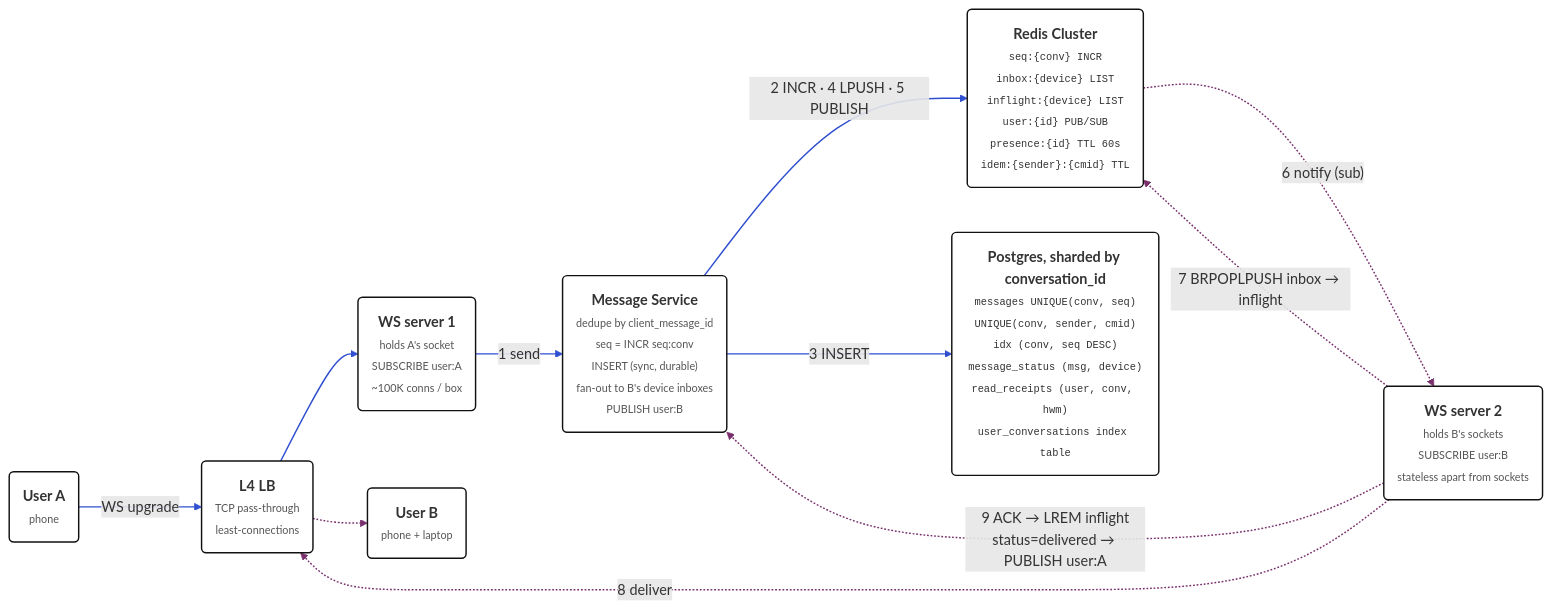
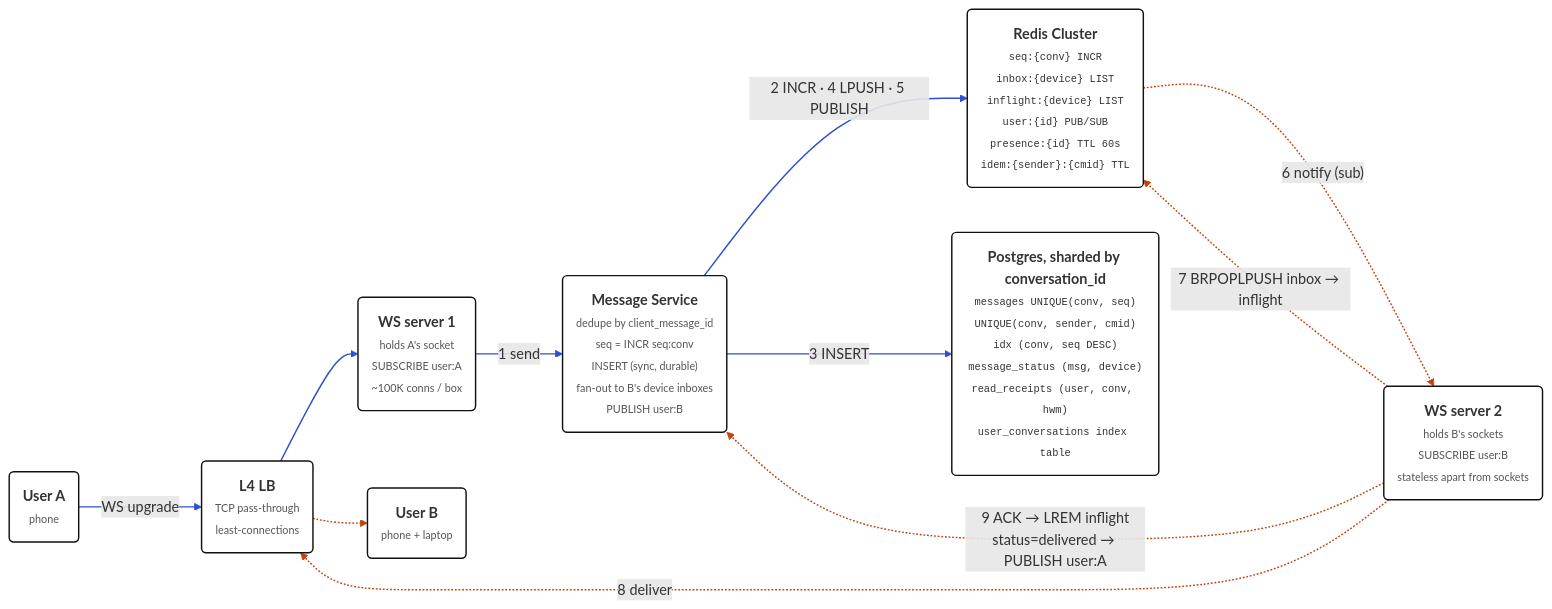
The diagram in diagrams-src/chat-1to1/architecture.mmd (kkanakka/kkanakka.github.io), drawn with Mermaid before and after one commit. The commit also changed 84 other files, not shown here.

First line of the commit message:
Revise page: add sequence diagrams; orange governance path; tighter boxes

```diff
--- a/diagrams-src/chat-1to1/architecture.mmd
+++ b/diagrams-src/chat-1to1/architecture.mmd
@@ -1,27 +1,27 @@
 %% section: Design
 %% caption: Architecture — sockets, ordering, durable inbox, delivery receipts
 flowchart LR
     A("<b>User A</b><br/><span style='font-size:12px;color:#555'>phone</span>")
     B("<b>User B</b><br/><span style='font-size:12px;color:#555'>phone + laptop</span>")
     LB("<b>L4 LB</b><br/><span style='font-size:12px;color:#555'>TCP pass-through<br/>least-connections</span>")
     W1("<b>WS server 1</b><br/><span style='font-size:12px;color:#555'>holds A's socket<br/>SUBSCRIBE user:A<br/>~100K conns / box</span>")
     W2("<b>WS server 2</b><br/><span style='font-size:12px;color:#555'>holds B's sockets<br/>SUBSCRIBE user:B<br/>stateless apart from sockets</span>")
     MS("<b>Message Service</b><br/><span style='font-size:12px;color:#555'>dedupe by client_message_id<br/>seq = INCR seq:conv<br/>INSERT (sync, durable)<br/>fan-out to B's device inboxes<br/>PUBLISH user:B</span>")
     RD("<b>Redis Cluster</b><br/><span style='font-family:Menlo,monospace;font-size:11.5px;color:#333'>seq:{conv} INCR<br/>inbox:{device} LIST<br/>inflight:{device} LIST<br/>user:{id} PUB/SUB<br/>presence:{id} TTL 60s<br/>idem:{sender}:{cmid} TTL</span>")
     PG("<b>Postgres, sharded by conversation_id</b><br/><span style='font-family:Menlo,monospace;font-size:11.5px;color:#333'>messages UNIQUE(conv, seq)<br/>UNIQUE(conv, sender, cmid)<br/>idx (conv, seq DESC)<br/>message_status (msg, device)<br/>read_receipts (user, conv, hwm)<br/>user_conversations index table</span>")
 
     A -->|"WS upgrade"| LB
     LB --> W1
     W1 -->|"1 send"| MS
     MS -->|"2 INCR · 4 LPUSH · 5 PUBLISH"| RD
     MS -->|"3 INSERT"| PG
     RD -.->|"6 notify (sub)"| W2
     W2 -.->|"7 BRPOPLPUSH inbox → inflight"| RD
     W2 -.->|"8 deliver"| LB
     LB -.-> B
     W2 -.->|"9 ACK → LREM inflight<br/>status=delivered → PUBLISH user:A"| MS
 %% --- style (generated by scripts/style-flowcharts.js) ---
     classDef n fill:#ffffff,stroke:#111111,stroke-width:1.6px;
     class A,B,LB,W1,W2,MS,RD,PG n;
     linkStyle 0,1,2,3,4 stroke:#2f4fd0,stroke-width:1.6px;
-    linkStyle 5,6,7,8,9 stroke:#7a2f6d,stroke-width:1.6px;
+    linkStyle 5,6,7,8,9 stroke:#c2410c,stroke-width:1.6px;
```
